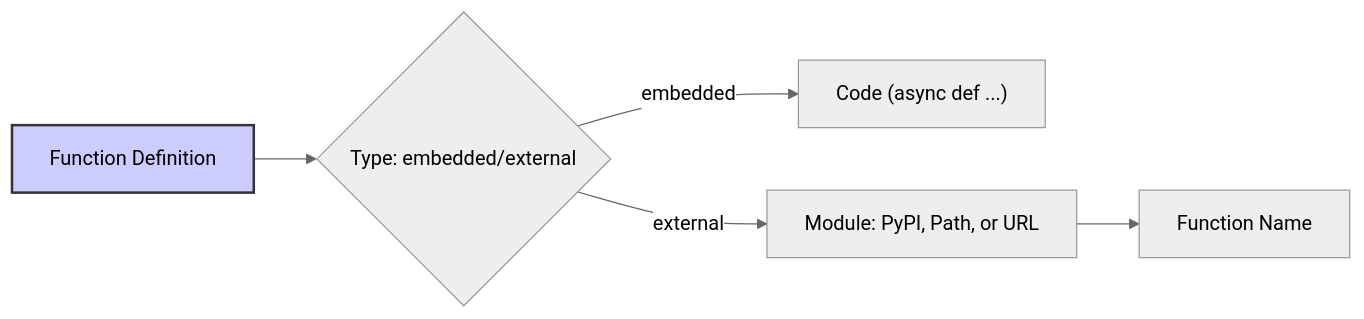
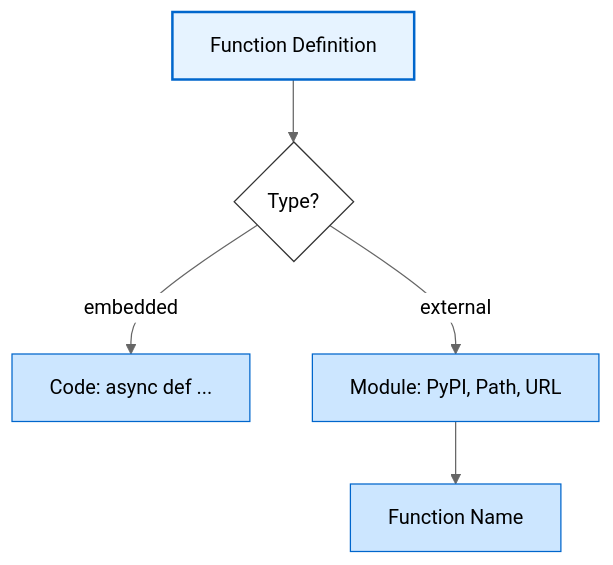
The second of 6 diagrams in quantalogic/flow/flow_yaml.md (quantalogic/quantalogic), drawn with Mermaid (neutral theme) before and after one commit. The commit also changed other lines of this file, not shown here.

````diff
--- a/quantalogic/flow/flow_yaml.md
+++ b/quantalogic/flow/flow_yaml.md
@@ -110,8 +109,12 @@
 ```mermaid
-graph LR
-    A[Function Definition] --> B{Type: embedded/external};
-    B -- embedded --> C["Code (async def ...)"];
-    B -- external --> D[Module: PyPI, Path, or URL];
-    D --> E[Function Name];
-    style A fill:#ccf,stroke:#333,stroke-width:2px
+graph TD
+    A[Function Definition] --> B{Type?}
+    B -->|embedded| C[Code: async def ...]
+    B -->|external| D[Module: PyPI, Path, URL]
+    D --> E[Function Name]
+    style A fill:#e6f3ff,stroke:#0066cc,stroke-width:2px
+    style B fill:#fff,stroke:#333
+    style C fill:#cce6ff,stroke:#0066cc
+    style D fill:#cce6ff,stroke:#0066cc
+    style E fill:#cce6ff,stroke:#0066cc
 ```
````
